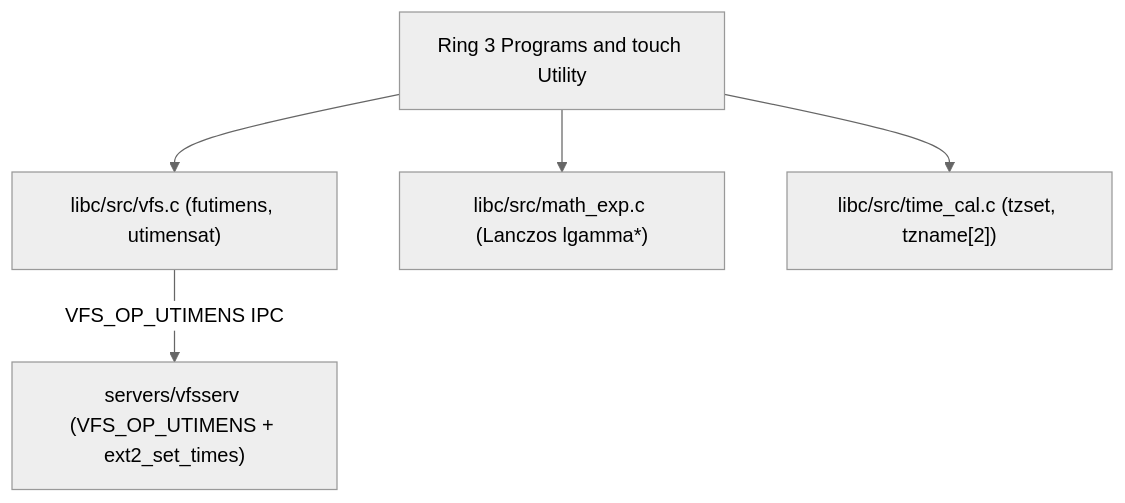
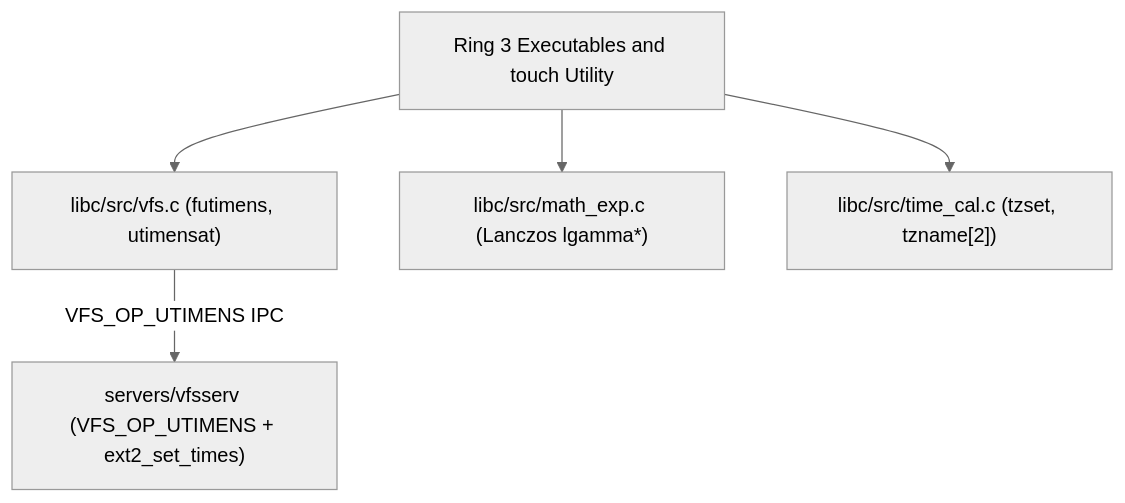
One commit to Deniz-Eren/microkernel changed the diagram in docs/30-architecture/adr/ADR_0034.md. Above: the diagram before and after it, drawn with Mermaid (neutral theme). The commit also changed other lines of this file and 151 other files, not shown here.

````diff
--- a/docs/30-architecture/adr/ADR_0034.md
+++ b/docs/30-architecture/adr/ADR_0034.md
@@ -23,13 +23,13 @@
 ```mermaid
 flowchart TD
-    APP["Ring 3 Programs and touch Utility"]
+    APP["Ring 3 Executables and touch Utility"]
     VFS_LIB["libc/src/vfs.c (futimens, utimensat)"]
     VFS_SRV["servers/vfsserv (VFS_OP_UTIMENS + ext2_set_times)"]
     MATH_LIB["libc/src/math_exp.c (Lanczos lgamma*)"]
     TIME_LIB["libc/src/time_cal.c (tzset, tzname[2])"]
 
     APP --> VFS_LIB
     VFS_LIB -->|"VFS_OP_UTIMENS IPC"| VFS_SRV
     APP --> MATH_LIB
     APP --> TIME_LIB
 ```
````
